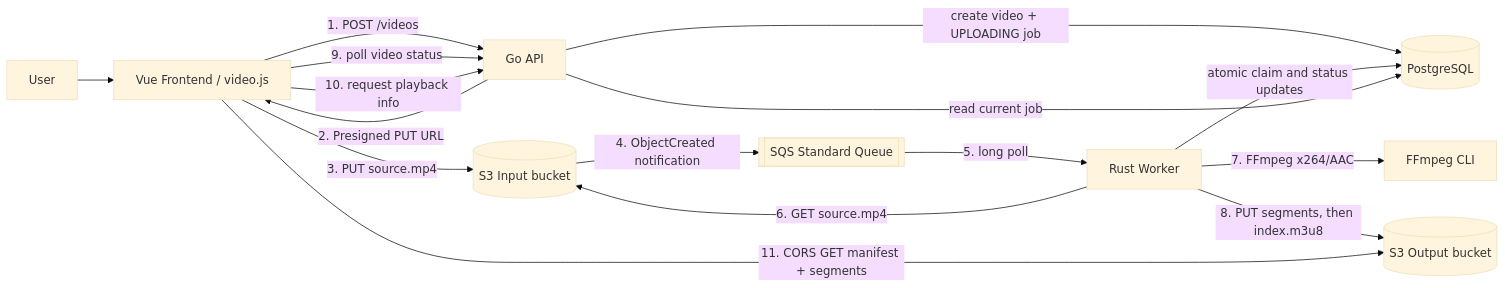
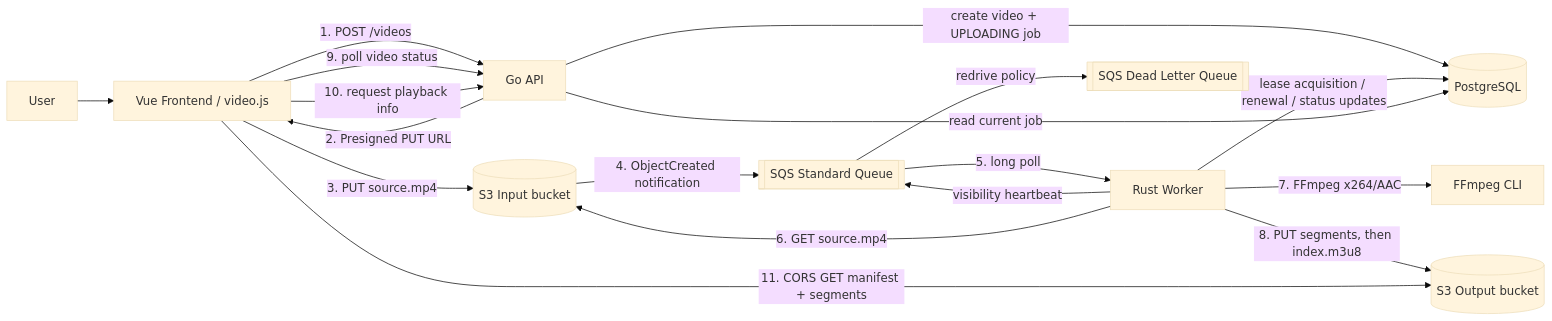
Before and after one commit to akihirotakeda1111/streaming-video-app: the first of 2 diagrams in app/README.md, drawn with Mermaid (base theme). The commit also changed other lines of this file and 1 other file, not shown here.

````diff
--- a/app/README.md
+++ b/app/README.md
@@ -25,21 +25,23 @@
 ```mermaid
 flowchart LR
     User[User] --> Browser[Vue Frontend / video.js]
 
     Browser -->|1. POST /videos| API[Go API]
     API -->|create video + UPLOADING job| DB[(PostgreSQL)]
     API -->|2. Presigned PUT URL| Browser
     Browser -->|3. PUT source.mp4| Input[(S3 Input bucket)]
 
     Input -->|4. ObjectCreated notification| Queue[[SQS Standard Queue]]
     Queue -->|5. long poll| Worker[Rust Worker]
-    Worker -->|atomic claim and status updates| DB
+    Queue -->|redrive policy| DLQ[[SQS Dead Letter Queue]]
+    Worker -->|lease acquisition / renewal / status updates| DB
+    Worker -->|visibility heartbeat| Queue
     Worker -->|6. GET source.mp4| Input
     Worker -->|7. FFmpeg x264/AAC| FFmpeg[FFmpeg CLI]
     Worker -->|8. PUT segments, then index.m3u8| Output[(S3 Output bucket)]
 
     Browser -->|9. poll video status| API
     API -->|read current job| DB
     Browser -->|10. request playback info| API
     Browser -->|11. CORS GET manifest + segments| Output
 ```
````
